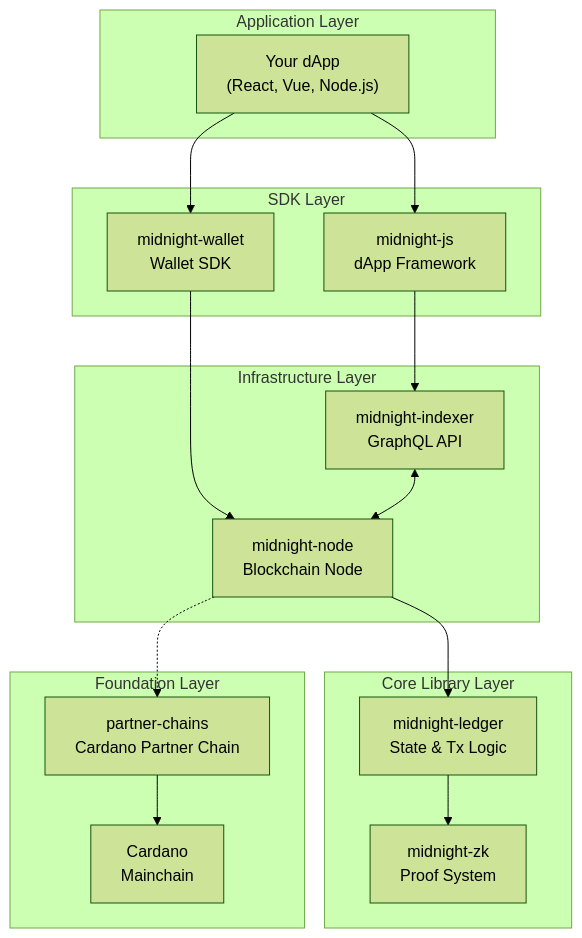
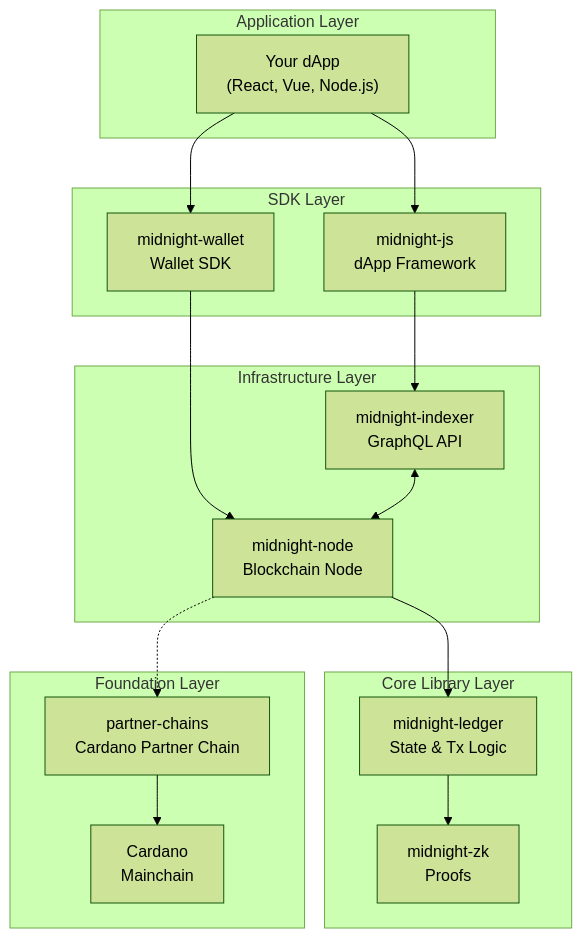
One commit to foxytanuki/midnight-sandbox changed the third of 3 diagrams in docs/en/00-introduction.md. Above: the diagram before and after it, drawn with Mermaid (forest theme). The commit also changed other lines of this file and 14 other files, not shown here.

````diff
--- a/docs/en/00-introduction.md
+++ b/docs/en/00-introduction.md
@@ -72,36 +72,36 @@
 ```mermaid
 graph TB
     subgraph app["Application Layer"]
         dapp["Your dApp<br/>(React, Vue, Node.js)"]
     end
 
     subgraph sdk["SDK Layer"]
         js["midnight-js<br/>dApp Framework"]
         wallet["midnight-wallet<br/>Wallet SDK"]
     end
 
     subgraph infra["Infrastructure Layer"]
         indexer["midnight-indexer<br/>GraphQL API"]
         node["midnight-node<br/>Blockchain Node"]
     end
 
     subgraph core["Core Library Layer"]
         ledger["midnight-ledger<br/>State & Tx Logic"]
-        zk["midnight-zk<br/>Proof System"]
+        zk["midnight-zk<br/>Proofs"]
     end
 
     subgraph foundation["Foundation Layer"]
         partner["partner-chains<br/>Cardano Partner Chain"]
         cardano["Cardano<br/>Mainchain"]
     end
 
     dapp --> js
     dapp --> wallet
     js --> indexer
     wallet --> node
     indexer <--> node
     node --> ledger
     ledger --> zk
     node -.-> partner
     partner --> cardano
 ```
````
